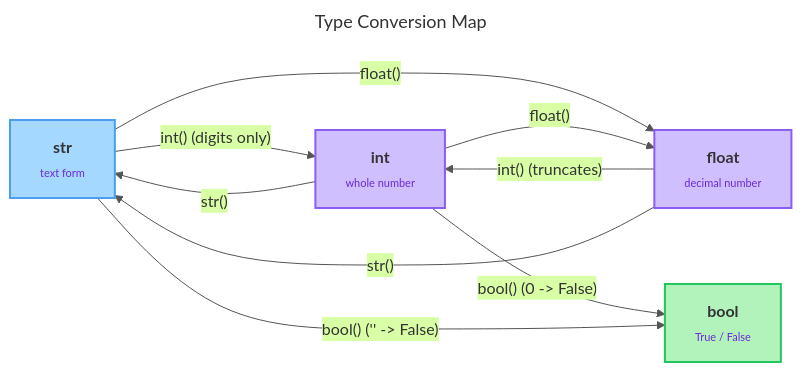
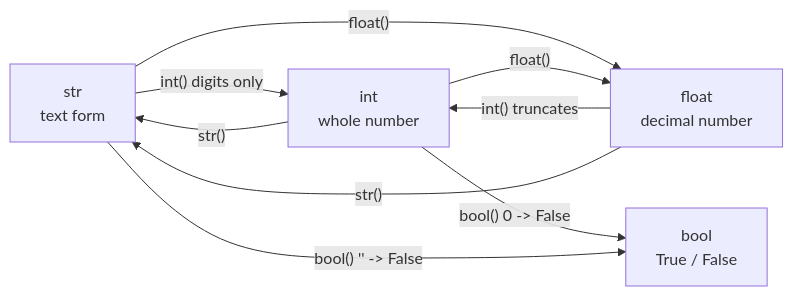
Before and after one commit to Kaveripriya/AI-Academy: the first of 2 diagrams in CRESCENT/python-foundations/modules/p1-introduction/unit-1-4-statements-conversion-output.md, drawn with Mermaid. The commit also changed other lines of this file and 19 other files, not shown here.

````diff
--- a/CRESCENT/python-foundations/modules/p1-introduction/unit-1-4-statements-conversion-output.md
+++ b/CRESCENT/python-foundations/modules/p1-introduction/unit-1-4-statements-conversion-output.md
@@ -127,39 +185,16 @@
 ```mermaid
----
-title: Type Conversion Map
-config:
-  theme: base
-  themeVariables:
-    primaryColor: "#a5d8ff"
-    primaryBorderColor: "#4a9eed"
-    lineColor: "#555"
-  flowchart:
-    htmlLabels: true
-    curve: basis
-    nodeSpacing: 70
-    rankSpacing: 90
----
 flowchart LR
-    STR["<b>str</b><br/><span style='font-size:11px;color:#6d28d9'>text form</span>"]
-    INT["<b>int</b><br/><span style='font-size:11px;color:#6d28d9'>whole number</span>"]
-    FLOAT["<b>float</b><br/><span style='font-size:11px;color:#6d28d9'>decimal number</span>"]
-    BOOL["<b>bool</b><br/><span style='font-size:11px;color:#6d28d9'>True / False</span>"]
+    STR["str<br/>text form"]
+    INT["int<br/>whole number"]
+    FLOAT["float<br/>decimal number"]
+    BOOL["bool<br/>True / False"]
 
-    STR -->|"int() (digits only)"| INT
+    STR -->|"int() digits only"| INT
     STR -->|"float()"| FLOAT
-    FLOAT -->|"int() (truncates)"| INT
+    FLOAT -->|"int() truncates"| INT
     INT -->|"float()"| FLOAT
     INT -->|"str()"| STR
     FLOAT -->|"str()"| STR
-    INT -->|"bool() (0 -> False)"| BOOL
-    STR -->|"bool() ('' -> False)"| BOOL
-
-    STR:::start
-    INT:::auto
-    FLOAT:::auto
-    BOOL:::done
-
-    classDef start fill:#a5d8ff,stroke:#4a9eed,stroke-width:2px
-    classDef auto fill:#d0bfff,stroke:#8b5cf6,stroke-width:2px
-    classDef done fill:#b2f2bb,stroke:#22c55e,stroke-width:2px
+    INT -->|"bool() 0 -> False"| BOOL
+    STR -->|"bool() '' -> False"| BOOL
 ```
````
